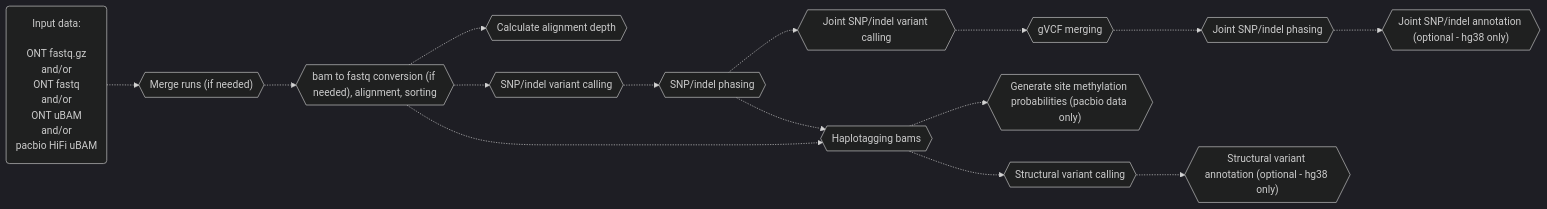
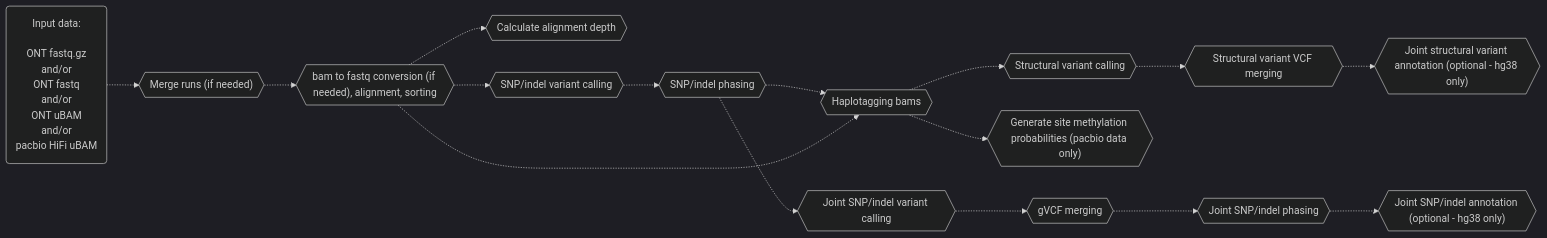
One commit to leahkemp/pipeface changed the second of 4 diagrams in README.md. Above: the diagram before and after it, drawn with Mermaid.

Commit message:
fix mermaid diagram

````diff
--- a/README.md
+++ b/README.md
@@ -48,27 +47,28 @@
 ```mermaid
 %%{init: {'theme':'dark'}}%%
 flowchart LR
 
 input_data("Input data: <br><br> ONT fastq.gz <br> and/or <br> ONT fastq <br> and/or <br> ONT uBAM <br> and/or <br> pacbio HiFi uBAM")
 merging{{"Merge runs (if needed)"}}
 alignment{{"bam to fastq conversion (if needed), alignment, sorting"}}
 depth{{"Calculate alignment depth"}}
 snp_indel_calling{{"SNP/indel variant calling"}}
 snp_indel_phasing{{"SNP/indel phasing"}}
 joint_snp_indel_calling{{"Joint SNP/indel variant calling"}}
 gvcf_merging{{"gVCF merging"}}
 joint_snp_indel_phasing{{"Joint SNP/indel phasing"}}
 joint_snp_indel_annotation{{"Joint SNP/indel annotation (optional - hg38 only)"}}
 haplotagging{{"Haplotagging bams"}}
 generate_meth_probs{{"Generate site methylation probabilities (pacbio data only)"}}
 sv_calling{{"Structural variant calling"}}
-sv_annotation{{"Structural variant annotation (optional - hg38 only)"}}
+sv_vcf_merging{{"Structural variant VCF merging"}}
+joint_sv_annotation{{"Joint structural variant annotation (optional - hg38 only)"}}
 
 input_data-.->merging-.->alignment-.->snp_indel_calling-.->snp_indel_phasing-.->haplotagging-.->sv_calling
 alignment-.->depth
 alignment-.->haplotagging
 haplotagging-.->generate_meth_probs
 snp_indel_phasing-.->joint_snp_indel_calling-.->gvcf_merging-.->joint_snp_indel_phasing-.->joint_snp_indel_annotation
-sv_calling-.->sv_annotation
+sv_calling-.->sv_vcf_merging-.->joint_sv_annotation
 
 ```
````
